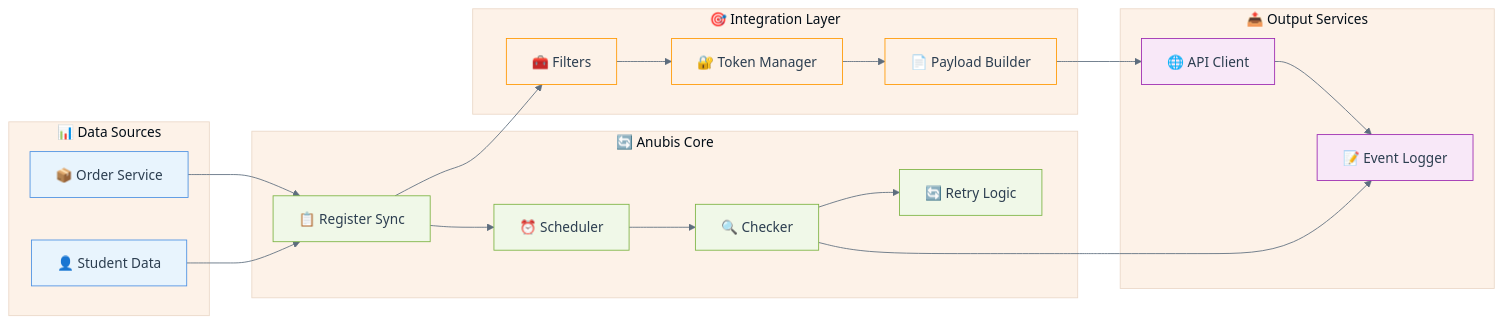
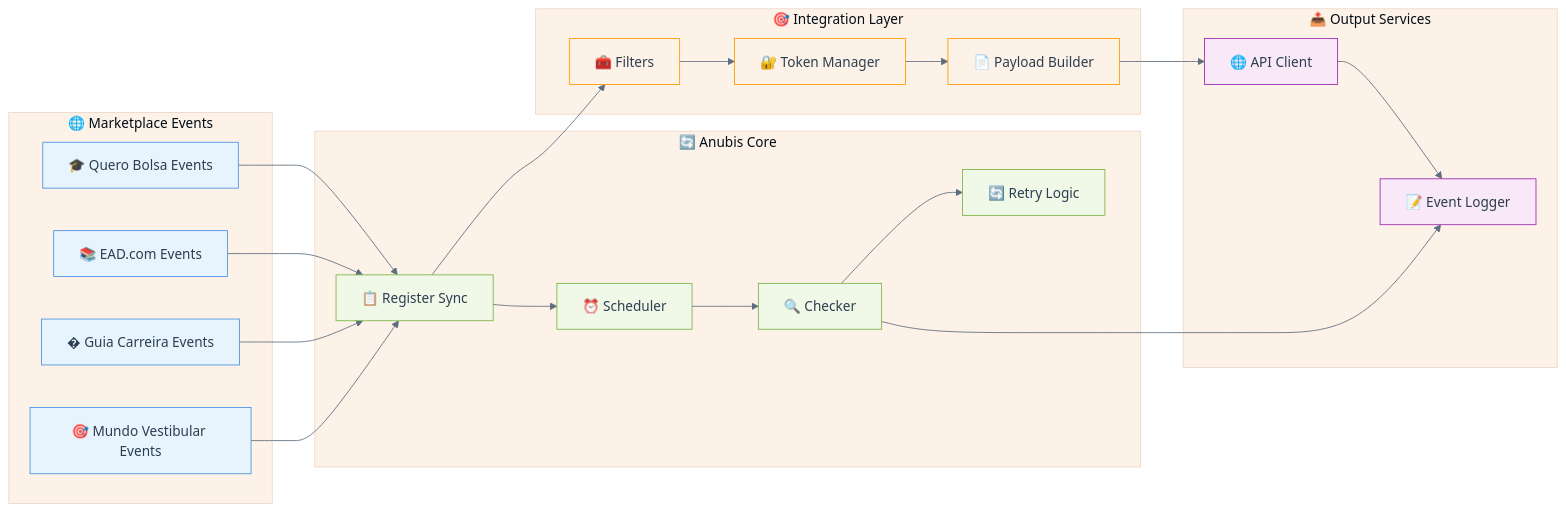
One commit to enogrob/project-qeevo-anubis changed the fourth of 7 diagrams in src/requirements.md. Above: the diagram before and after it, drawn with Mermaid. The commit also changed other lines of this file and 1 other file, not shown here.

Commit message:
update-requirements

````diff
--- a/src/requirements.md
+++ b/src/requirements.md
@@ -371,63 +374,67 @@
 ```mermaid
 %%{init: {
   'theme':'base',
   'themeVariables': {
     'primaryColor':'#E8F4FD',
     'primaryBorderColor':'#4A90E2',
     'primaryTextColor':'#2C3E50',
     'secondaryColor':'#F0F8E8',
     'tertiaryColor':'#FDF2E8',
     'quaternaryColor':'#F8E8F8',
     'lineColor':'#5D6D7E',
     'fontFamily':'Inter,Segoe UI,Arial'
   }
 }}%%
 flowchart LR
-    subgraph "📊 Data Sources"
-        ORDER["📦 Order Service"]
-        STUDENT["👤 Student Data"]
+    subgraph "🌐 Marketplace Events"
+        QB_EVENT["🎓 Quero Bolsa Events"]
+        EAD_EVENT["📚 EAD.com Events"]
+        GC_EVENT["�️ Guia Carreira Events"]
+        MV_EVENT["🎯 Mundo Vestibular Events"]
     end
     
     subgraph "🔄 Anubis Core"
         REGISTER["📋 Register Sync"]
         SCHEDULER["⏰ Scheduler"]
         CHECKER["🔍 Checker"]
         RETRY["🔄 Retry Logic"]
     end
     
     subgraph "🎯 Integration Layer"
         FILTER["🧰 Filters"]
         TOKEN["🔐 Token Manager"]
         PAYLOAD["📄 Payload Builder"]
     end
     
     subgraph "📤 Output Services"
         API_CLIENT["🌐 API Client"]
         EVENT_LOG["📝 Event Logger"]
     end
     
-    ORDER --> REGISTER
-    STUDENT --> REGISTER
+    QB_EVENT --> REGISTER
+    EAD_EVENT --> REGISTER
+    GC_EVENT --> REGISTER
+    MV_EVENT --> REGISTER
     
     REGISTER --> SCHEDULER
     SCHEDULER --> CHECKER
     CHECKER --> RETRY
     
     REGISTER --> FILTER
     FILTER --> TOKEN
     TOKEN --> PAYLOAD
     
     PAYLOAD --> API_CLIENT
     API_CLIENT --> EVENT_LOG
     CHECKER --> EVENT_LOG
     
     classDef source fill:#E8F4FD,stroke:#4A90E2,color:#2C3E50
     classDef core fill:#F0F8E8,stroke:#7CB342,color:#2C3E50
     classDef integration fill:#FDF2E8,stroke:#FF9800,color:#2C3E50
     classDef output fill:#F8E8F8,stroke:#9C27B0,color:#2C3E50
     
-    class ORDER,STUDENT source
+    class QB_EVENT,EAD_EVENT,GC_EVENT,MV_EVENT source
     class REGISTER,SCHEDULER,CHECKER,RETRY core
     class FILTER,TOKEN,PAYLOAD integration
     class API_CLIENT,EVENT_LOG output
 ```
````
